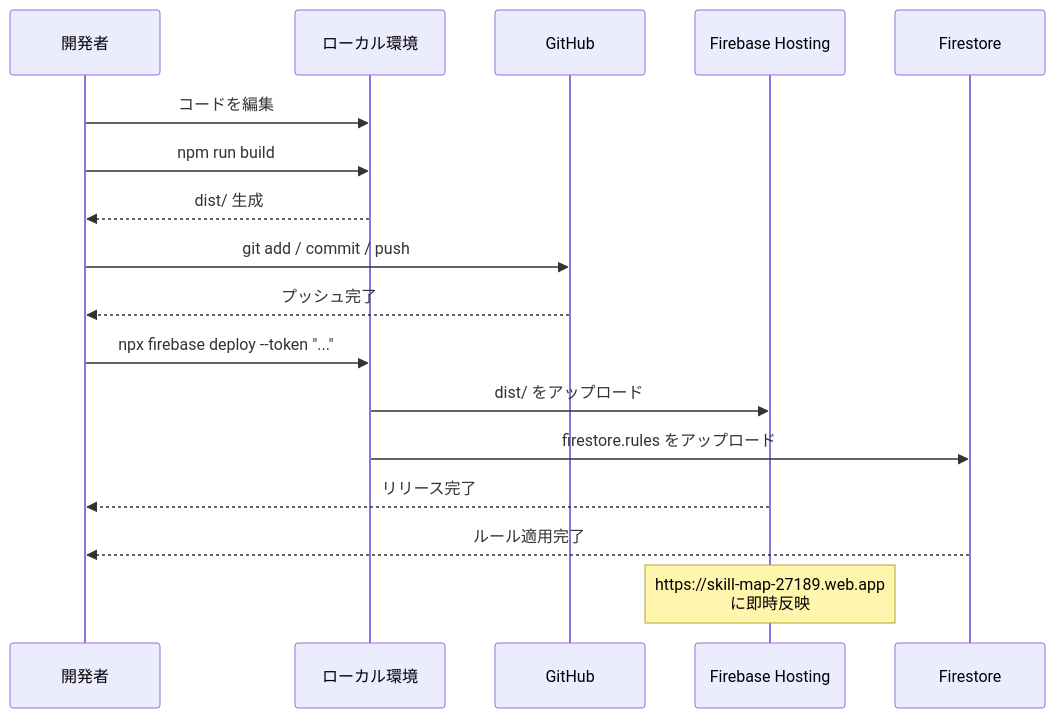
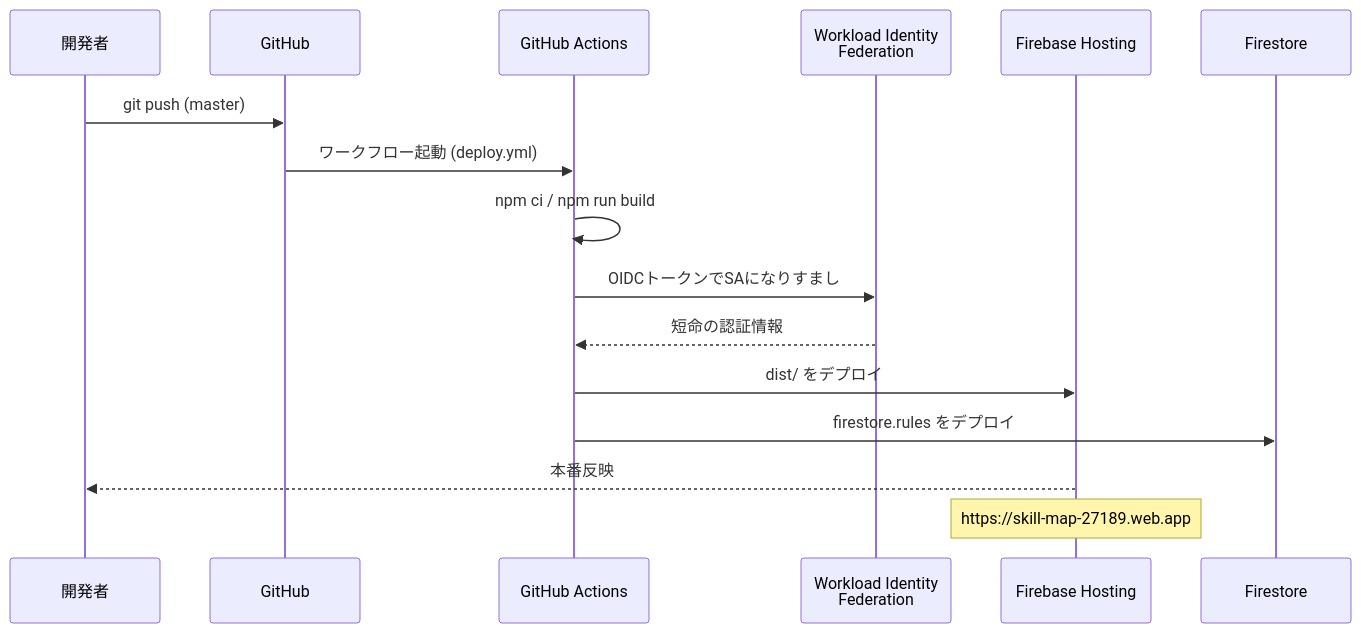
One commit to nishidaseibaku/skillmap changed the second of 2 diagrams in README.md. Above: the diagram before and after it, drawn with Mermaid. The commit also changed other lines of this file and 2 other files, not shown here.

Commit message:
ci: add GitHub Actions for lint/build and auto-deploy
- ci.yml: run lint + build on PRs and non-master pushes
- deploy.yml: on push to master, build and deploy hosting + firestore rules
  to Firebase, authenticating via Workload Identity Federation (no stored key)
- Functions kept out of auto-deploy (deploy manually when changed)
- Update README (tech stack, deploy sequence, version history v0.5)

````diff
--- a/README.md
+++ b/README.md
@@ -102,23 +104,20 @@
 ```mermaid
 sequenceDiagram
     participant Dev as 開発者
-    participant Local as ローカル環境
     participant GitHub as GitHub
+    participant Actions as GitHub Actions
+    participant WIF as Workload Identity<br/>Federation
     participant Hosting as Firebase Hosting
     participant Firestore as Firestore
 
-    Dev->>Local: コードを編集
-    Dev->>Local: npm run build
-    Local-->>Dev: dist/ 生成
+    Dev->>GitHub: git push (master)
+    GitHub->>Actions: ワークフロー起動 (deploy.yml)
+    Actions->>Actions: npm ci / npm run build
+    Actions->>WIF: OIDCトークンでSAになりすまし
+    WIF-->>Actions: 短命の認証情報
+    Actions->>Hosting: dist/ をデプロイ
+    Actions->>Firestore: firestore.rules をデプロイ
+    Hosting-->>Dev: 本番反映
 
-    Dev->>GitHub: git add / commit / push
-    GitHub-->>Dev: プッシュ完了
-
-    Dev->>Local: npx firebase deploy --token "..."
-    Local->>Hosting: dist/ をアップロード
-    Local->>Firestore: firestore.rules をアップロード
-    Hosting-->>Dev: リリース完了
-    Firestore-->>Dev: ルール適用完了
-
-    Note over Hosting: https://skill-map-27189.web.app<br/>に即時反映
+    Note over Hosting: https://skill-map-27189.web.app
 ```
````
